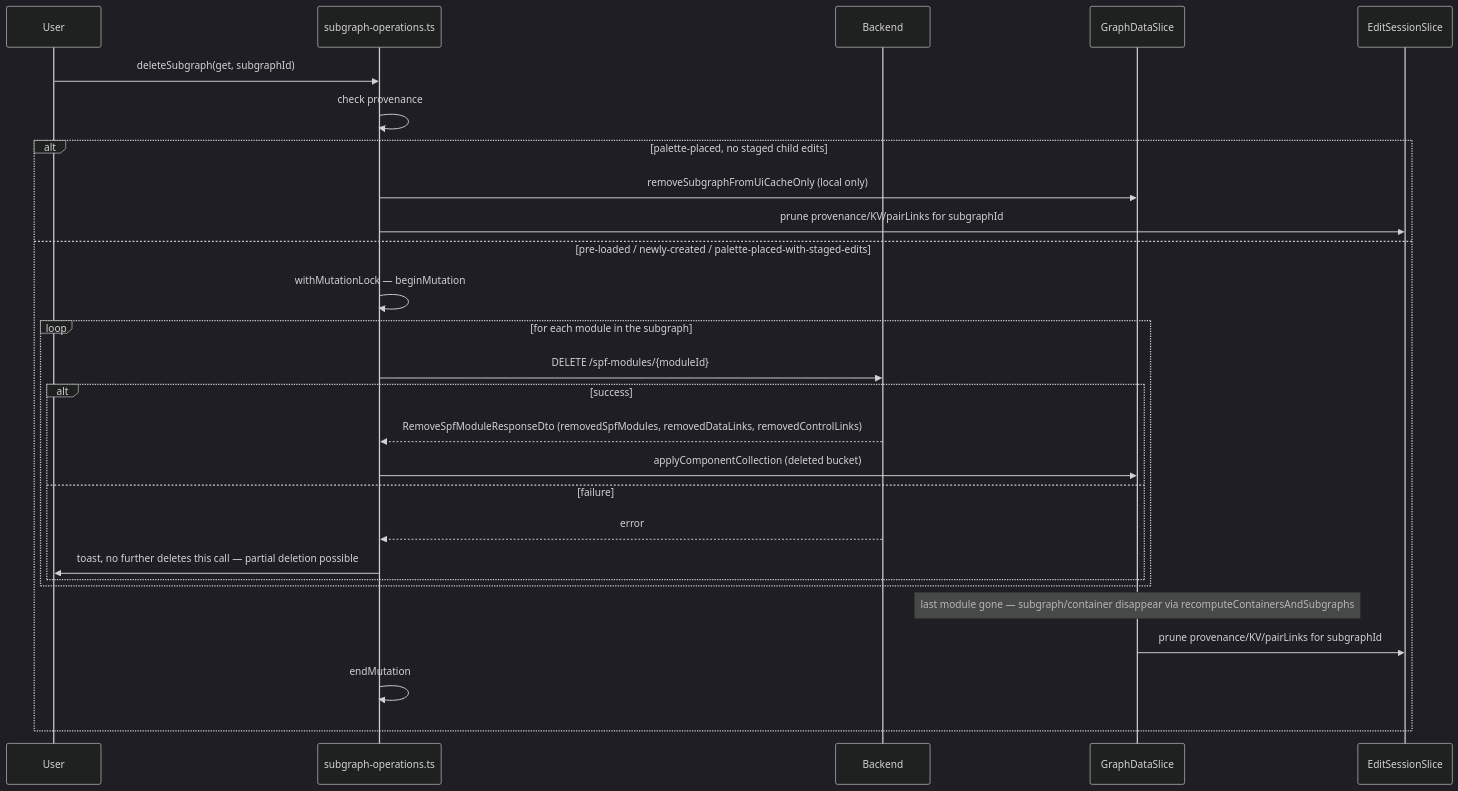
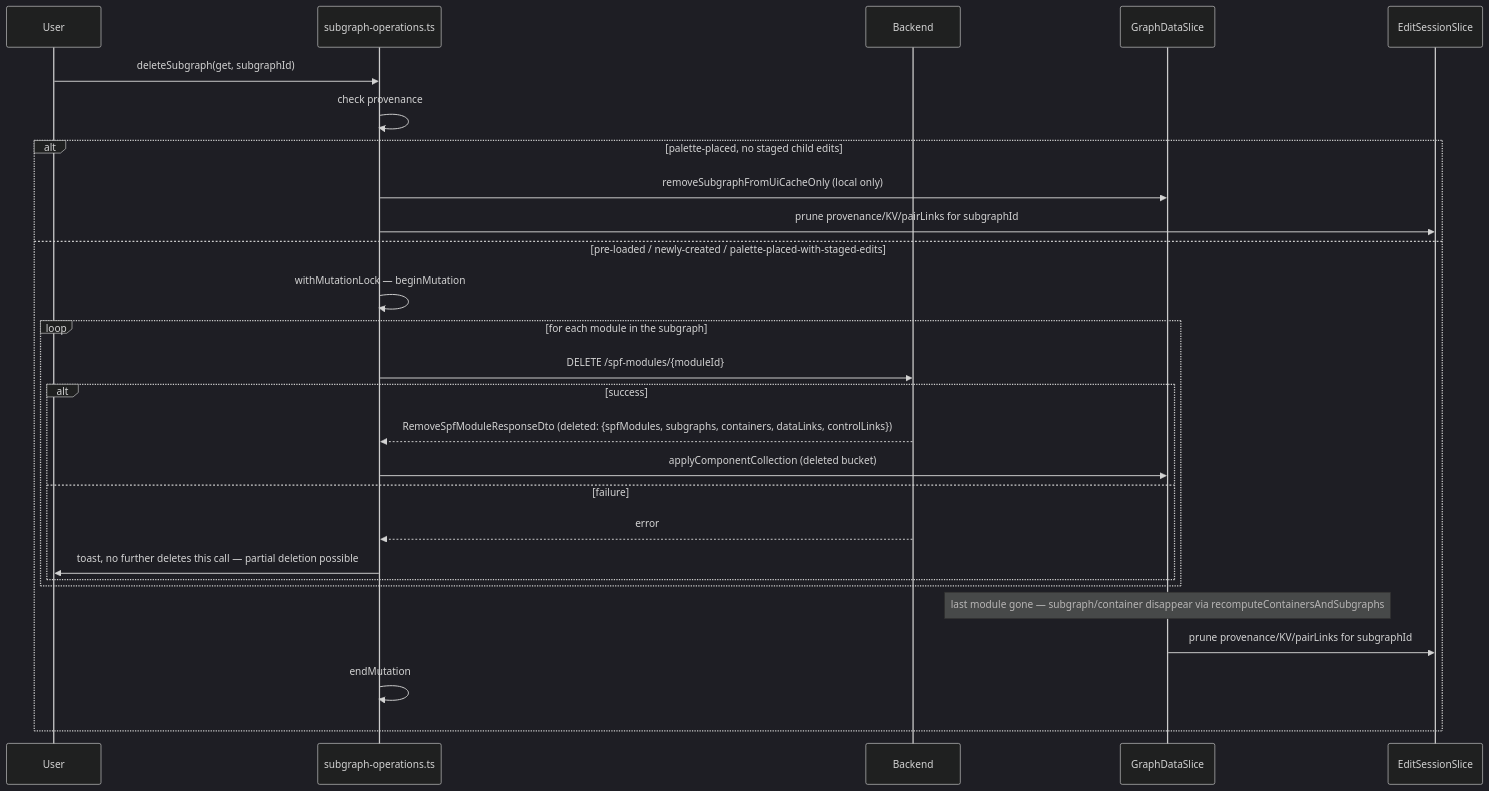
Before and after one commit to AudioReach/audioreach-creator-ui: the second of 3 diagrams in docs/design/edit-session/node-operations-design.md, drawn with Mermaid (dark theme). The commit also changed other lines of this file and 5 other files, not shown here.

````diff
--- a/docs/design/edit-session/node-operations-design.md
+++ b/docs/design/edit-session/node-operations-design.md
@@ -1003,30 +1025,30 @@
 ```mermaid
 sequenceDiagram
   participant U as User
   participant S as subgraph-operations.ts
   participant B as Backend
   participant G as GraphDataSlice
   participant E as EditSessionSlice
 
   U->>S: deleteSubgraph(get, subgraphId)
   S->>S: check provenance
   alt palette-placed, no staged child edits
     S->>G: removeSubgraphFromUiCacheOnly (local only)
     S->>E: prune provenance/KV/pairLinks for subgraphId
   else pre-loaded / newly-created / palette-placed-with-staged-edits
     S->>S: withMutationLock — beginMutation
     loop for each module in the subgraph
       S->>B: DELETE /spf-modules/{moduleId}
       alt success
-        B-->>S: RemoveSpfModuleResponseDto (removedSpfModules, removedDataLinks, removedControlLinks)
+        B-->>S: RemoveSpfModuleResponseDto (deleted: {spfModules, subgraphs, containers, dataLinks, controlLinks})
         S->>G: applyComponentCollection (deleted bucket)
       else failure
         B-->>S: error
         S->>U: toast, no further deletes this call — partial deletion possible
       end
     end
     Note over G: last module gone — subgraph/container disappear via recomputeContainersAndSubgraphs
     G->>E: prune provenance/KV/pairLinks for subgraphId
     S->>S: endMutation
   end
 ```
````
